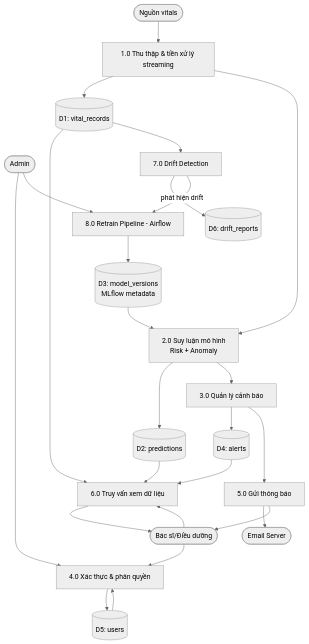
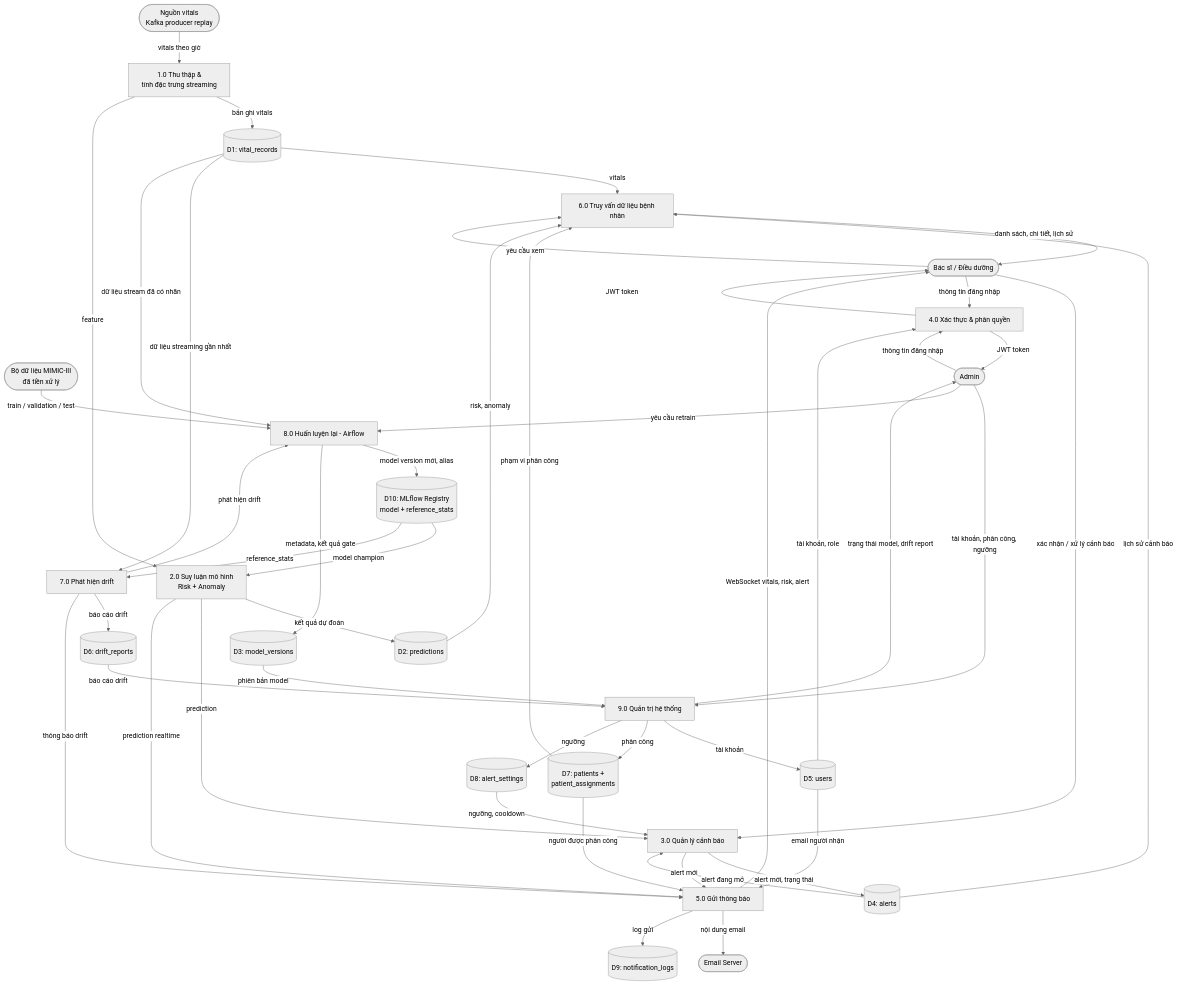
Before and after one commit to MinhNguyen1007/Remote-patient-monitoring-system-using-Streaming-MLOps: the second of 2 diagrams in docs/design/02_6_dfd_database.md, drawn with Mermaid (neutral theme). The commit also changed other lines of this file and 21 other files, not shown here.

````diff
--- a/docs/design/02_6_dfd_database.md
+++ b/docs/design/02_6_dfd_database.md
@@ -23,30 +26,81 @@
 ```mermaid
 flowchart TB
-    Streaming([Nguồn vitals]) --> P1[1.0 Thu thập & tiền xử lý streaming]
-    P1 --> D1[(D1: vital_records)]
-    P1 --> P2[2.0 Suy luận mô hình<br/>Risk + Anomaly]
-    D3[(D3: model_versions<br/>MLflow metadata)] --> P2
-    P2 --> D2[(D2: predictions)]
-    P2 --> P3[3.0 Quản lý cảnh báo]
-    P3 --> D4[(D4: alerts)]
-    P3 --> P5[5.0 Gửi thông báo]
-    P5 --> EmailSrv([Email Server])
-    P5 --> Staff([Bác sĩ/Điều dưỡng])
+    Streaming([Nguồn vitals<br/>Kafka producer replay])
+    Dataset([Bộ dữ liệu MIMIC-III<br/>đã tiền xử lý])
+    Staff([Bác sĩ / Điều dưỡng])
+    Admin([Admin])
+    EmailSrv([Email Server])
 
-    Staff --> P4[4.0 Xác thực & phân quyền]
-    Admin([Admin]) --> P4
-    D5[(D5: users)] --> P4
-    P4 --> D5
+    P1[1.0 Thu thập &<br/>tính đặc trưng streaming]
+    P2[2.0 Suy luận mô hình<br/>Risk + Anomaly]
+    P3[3.0 Quản lý cảnh báo]
+    P4[4.0 Xác thực & phân quyền]
+    P5[5.0 Gửi thông báo]
+    P6[6.0 Truy vấn dữ liệu bệnh nhân]
+    P7[7.0 Phát hiện drift]
+    P8[8.0 Huấn luyện lại - Airflow]
+    P9[9.0 Quản trị hệ thống]
 
-    Staff --> P6[6.0 Truy vấn xem dữ liệu]
-    D1 --> P6
-    D2 --> P6
-    D4 --> P6
-    P6 --> Staff
+    D1[(D1: vital_records)]
+    D2[(D2: predictions)]
+    D3[(D3: model_versions)]
+    D4[(D4: alerts)]
+    D5[(D5: users)]
+    D6[(D6: drift_reports)]
+    D7[(D7: patients +<br/>patient_assignments)]
+    D8[(D8: alert_settings)]
+    D9[(D9: notification_logs)]
+    D10[(D10: MLflow Registry<br/>model + reference_stats)]
 
-    D1 --> P7[7.0 Drift Detection]
-    P7 --> D6[(D6: drift_reports)]
-    P7 -->|phát hiện drift| P8[8.0 Retrain Pipeline - Airflow]
-    P8 --> D3
-    Admin --> P8
+    Streaming -- vitals theo giờ --> P1
+    P1 -- bản ghi vitals --> D1
+    P1 -- feature --> P2
+    D10 -- model champion --> P2
+    P2 -- kết quả dự đoán --> D2
+    P2 -- prediction --> P3
+    P2 -- prediction realtime --> P5
+
+    D8 -- ngưỡng, cooldown --> P3
+    D4 -- alert đang mở --> P3
+    Staff -- xác nhận / xử lý cảnh báo --> P3
+    P3 -- alert mới, trạng thái --> D4
+    P3 -- alert mới --> P5
+
+    D7 -- người được phân công --> P5
+    D5 -- email người nhận --> P5
+    P5 -- nội dung email --> EmailSrv
+    P5 -- WebSocket vitals, risk, alert --> Staff
+    P5 -- log gửi --> D9
+
+    Staff -- thông tin đăng nhập --> P4
+    Admin -- thông tin đăng nhập --> P4
+    D5 -- tài khoản, role --> P4
+    P4 -- JWT token --> Staff
+    P4 -- JWT token --> Admin
+
+    Staff -- yêu cầu xem --> P6
+    D1 -- vitals --> P6
+    D2 -- risk, anomaly --> P6
+    D4 -- lịch sử cảnh báo --> P6
+    D7 -- phạm vi phân công --> P6
+    P6 -- danh sách, chi tiết, lịch sử --> Staff
+
+    Admin -- tài khoản, phân công, ngưỡng --> P9
+    P9 -- tài khoản --> D5
+    P9 -- phân công --> D7
+    P9 -- ngưỡng --> D8
+    D3 -- phiên bản model --> P9
+    D6 -- báo cáo drift --> P9
+    P9 -- trạng thái model, drift report --> Admin
+
+    D1 -- dữ liệu streaming gần nhất --> P7
+    D10 -- reference_stats --> P7
+    P7 -- báo cáo drift --> D6
+    P7 -- thông báo drift --> P5
+    P7 -- phát hiện drift --> P8
+    Admin -- yêu cầu retrain --> P8
+    Dataset -- train / validation / test --> P8
+    D1 -- dữ liệu stream đã có nhãn --> P8
+    P8 -- model version mới, alias --> D10
+    P8 -- metadata, kết quả gate --> D3
 ```
````
